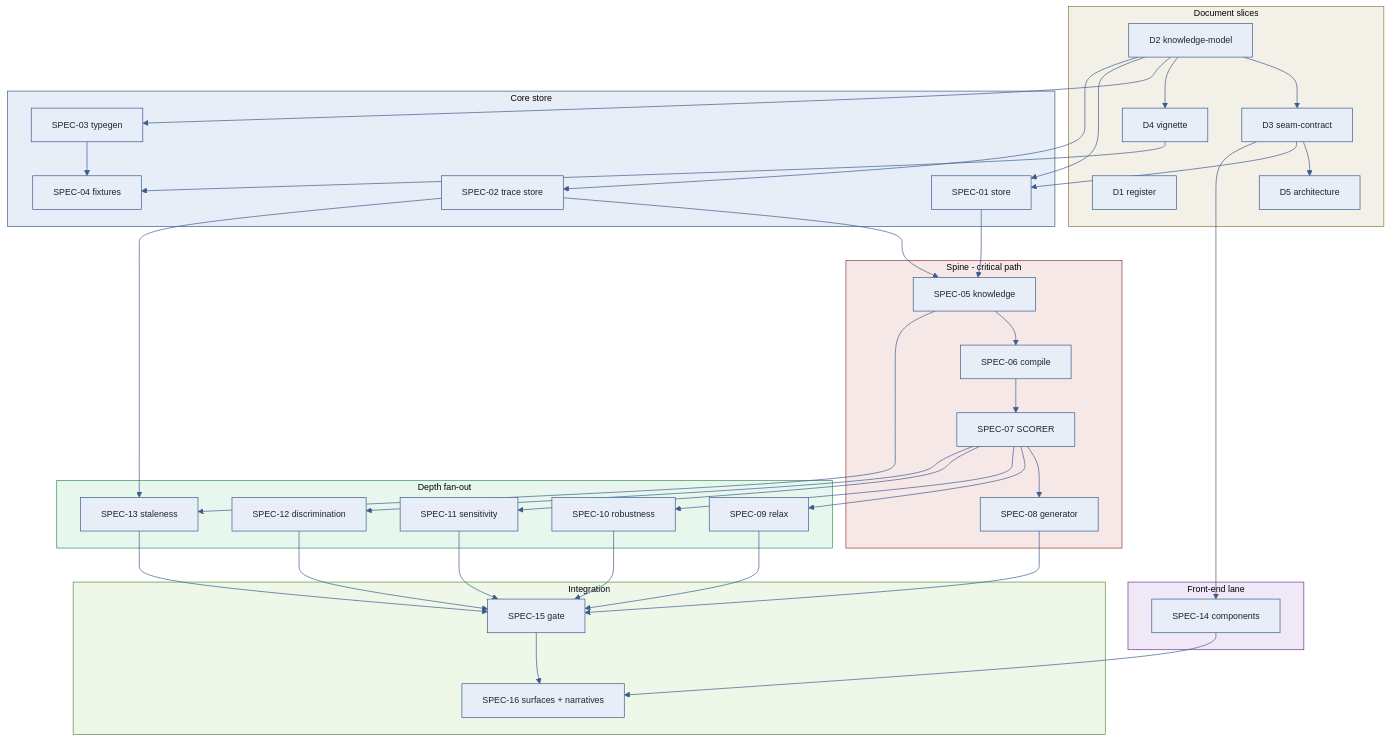
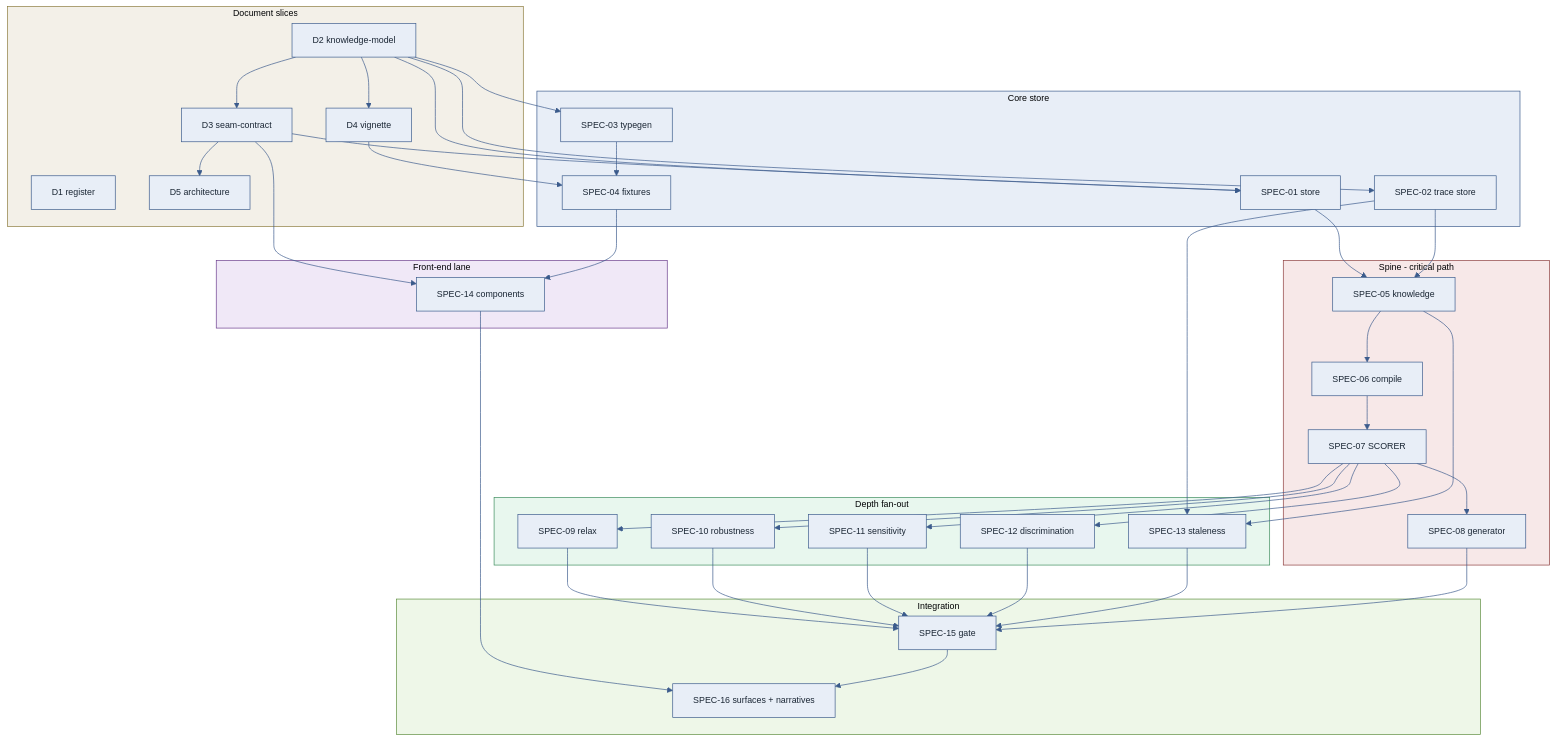
One commit to DeepBlueCLtd/assay changed the diagram in docs/assay-delivery-plan.md. Above: the diagram before and after it, drawn with Mermaid. The commit also changed other lines of this file and 8 other files, not shown here.

````diff
--- a/docs/assay-delivery-plan.md
+++ b/docs/assay-delivery-plan.md
@@ -68,71 +68,72 @@
 ```mermaid
 %%{init: {'theme':'base','themeVariables':{'primaryColor':'#e8eef7','primaryBorderColor':'#3b5b8c','primaryTextColor':'#1a2634','lineColor':'#3b5b8c','fontSize':'13px'}}}%%
 graph TB
   subgraph DOCS[Document slices]
     D1[D1 register]
     D2[D2 knowledge-model]
     D3[D3 seam-contract]
     D4[D4 vignette]
     D5[D5 architecture]
   end
   subgraph CORE[Core store]
     S1[SPEC-01 store]
     S2[SPEC-02 trace store]
     S3[SPEC-03 typegen]
     S4[SPEC-04 fixtures]
   end
   subgraph SPINE[Spine - critical path]
     S5[SPEC-05 knowledge]
     S6[SPEC-06 compile]
     S7[SPEC-07 SCORER]
     S8[SPEC-08 generator]
   end
   subgraph DEPTH[Depth fan-out]
     S9[SPEC-09 relax]
     S10[SPEC-10 robustness]
     S11[SPEC-11 sensitivity]
     S12[SPEC-12 discrimination]
     S13[SPEC-13 staleness]
   end
   subgraph FE[Front-end lane]
     S14[SPEC-14 components]
   end
   subgraph INT[Integration]
     S15[SPEC-15 gate]
     S16[SPEC-16 surfaces + narratives]
   end
 
   D2 --> D3 --> D5
   D2 --> D4
   D2 --> S3 --> S4
   D4 --> S4
   D2 --> S1
   D2 --> S2
   D3 --> S1
   D3 --> S14
+  S4 --> S14
   S1 --> S5
   S2 --> S5
   S5 --> S6 --> S7
   S7 --> S8
   S7 --> S9
   S7 --> S10
   S7 --> S11
   S7 --> S12
   S2 --> S13
   S5 --> S13
   S9 --> S15
   S10 --> S15
   S11 --> S15
   S12 --> S15
   S13 --> S15
   S8 --> S15
   S14 --> S16
   S15 --> S16
 
   style DOCS fill:#f3f0e8,stroke:#8c7a3b
   style CORE fill:#e8eef7,stroke:#3b5b8c
   style SPINE fill:#f7e8e8,stroke:#8c3b3b
   style DEPTH fill:#e8f7ee,stroke:#3b8c5b
   style FE fill:#f0e8f7,stroke:#6a3b8c
   style INT fill:#eef7e8,stroke:#5b8c3b
 ```
````
